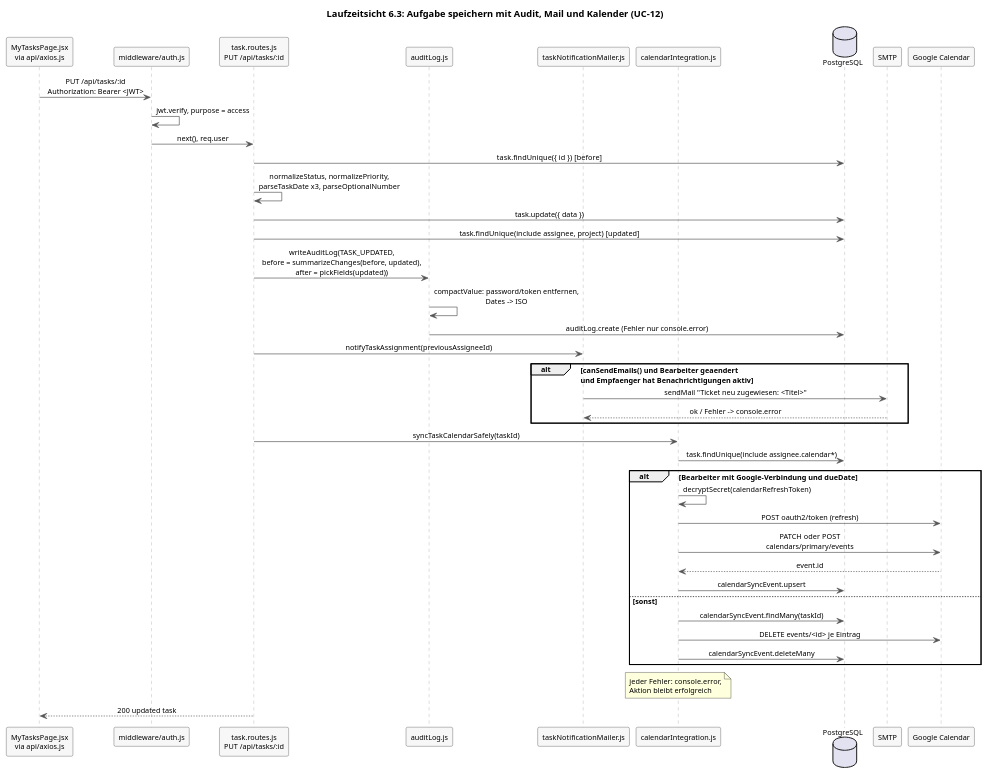
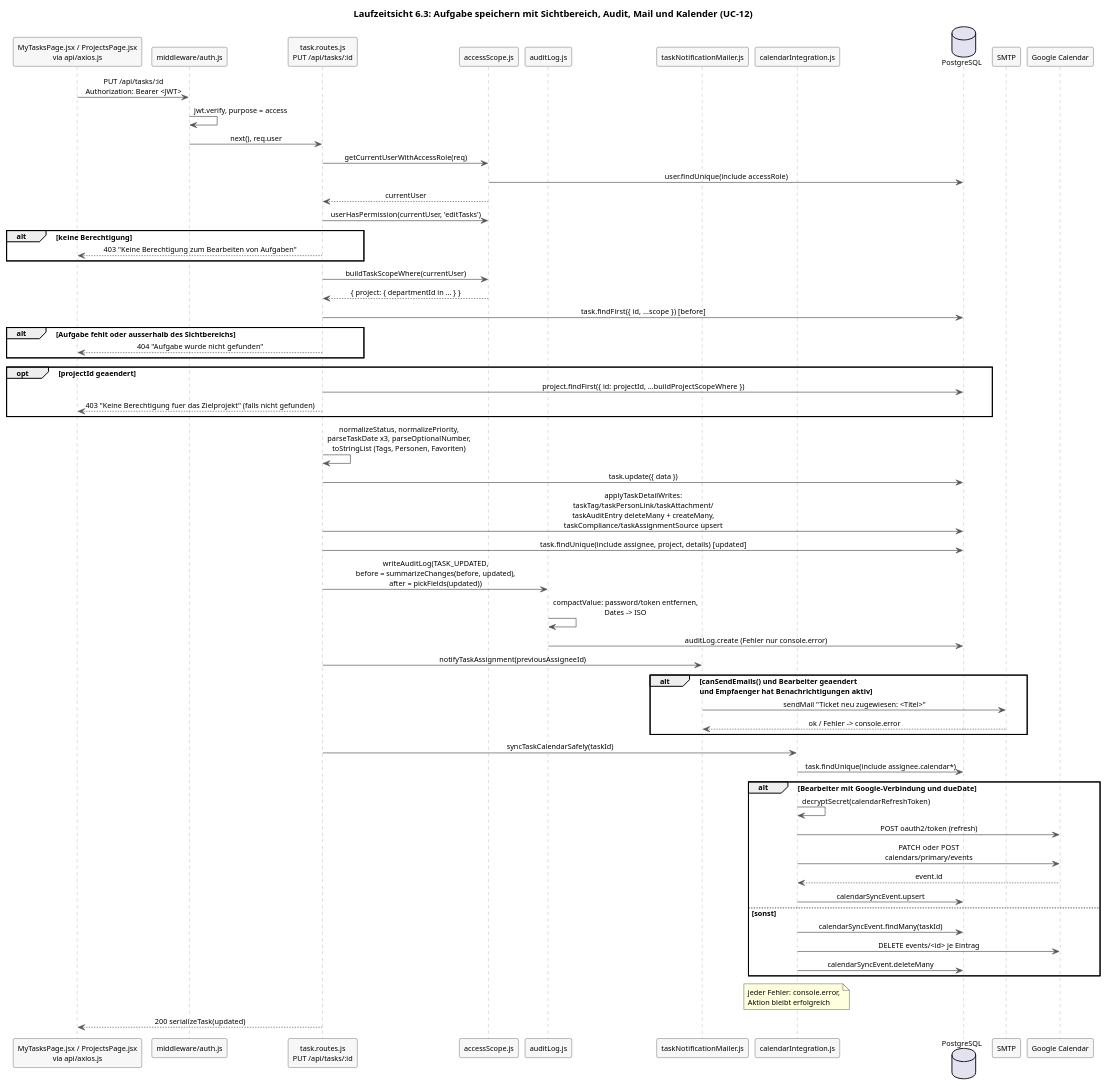
Before and after one commit to Jonas-Aaron-Raab/NextTask: the diagram in docs/arch/diagrams/a06-aufgabe-speichern.plantuml, drawn with PlantUML. The commit also changed 15 other files, not shown here.

First line of the commit message:
docs(arch): align architecture documentation with code state of 24 September

```diff
--- a/docs/arch/diagrams/a06-aufgabe-speichern.plantuml
+++ b/docs/arch/diagrams/a06-aufgabe-speichern.plantuml
@@ -1,56 +1,74 @@
 @startuml a06-aufgabe-speichern
 skinparam shadowing false
 skinparam defaultFontName Helvetica
 skinparam defaultFontSize 11
 skinparam sequenceMessageAlign center
 skinparam sequence {
   ArrowColor #555555
   LifeLineBorderColor #999999
   ParticipantBackgroundColor #F7F7F7
   ParticipantBorderColor #333333
   ActorBorderColor #333333
 }
 
-title Laufzeitsicht 6.3: Aufgabe speichern mit Audit, Mail und Kalender (UC-12)
+title Laufzeitsicht 6.3: Aufgabe speichern mit Sichtbereich, Audit, Mail und Kalender (UC-12)
 
-participant "MyTasksPage.jsx\nvia api/axios.js" as UI
+participant "MyTasksPage.jsx / ProjectsPage.jsx\nvia api/axios.js" as UI
 participant "middleware/auth.js" as MW
 participant "task.routes.js\nPUT /api/tasks/:id" as R
+participant "accessScope.js" as AS
 participant "auditLog.js" as AL
 participant "taskNotificationMailer.js" as M
 participant "calendarIntegration.js" as C
 database "PostgreSQL" as DB
 participant "SMTP" as SMTP
 participant "Google Calendar" as G
 
 UI -> MW : PUT /api/tasks/:id\nAuthorization: Bearer <JWT>
 MW -> MW : jwt.verify, purpose = access
 MW -> R : next(), req.user
-R -> DB : task.findUnique({ id })  [before]
-R -> R : normalizeStatus, normalizePriority,\nparseTaskDate x3, parseOptionalNumber
+R -> AS : getCurrentUserWithAccessRole(req)
+AS -> DB : user.findUnique(include accessRole)
+AS --> R : currentUser
+R -> AS : userHasPermission(currentUser, 'editTasks')
+alt keine Berechtigung
+  R --> UI : 403 "Keine Berechtigung zum Bearbeiten von Aufgaben"
+end
+R -> AS : buildTaskScopeWhere(currentUser)
+AS --> R : { project: { departmentId in ... } }
+R -> DB : task.findFirst({ id, ...scope })  [before]
+alt Aufgabe fehlt oder ausserhalb des Sichtbereichs
+  R --> UI : 404 "Aufgabe wurde nicht gefunden"
+end
+opt projectId geaendert
+  R -> DB : project.findFirst({ id: projectId, ...buildProjectScopeWhere })
+  R --> UI : 403 "Keine Berechtigung fuer das Zielprojekt" (falls nicht gefunden)
+end
+R -> R : normalizeStatus, normalizePriority,\nparseTaskDate x3, parseOptionalNumber,\ntoStringList (Tags, Personen, Favoriten)
 R -> DB : task.update({ data })
-R -> DB : task.findUnique(include assignee, project)  [updated]
+R -> DB : applyTaskDetailWrites:\ntaskTag/taskPersonLink/taskAttachment/\ntaskAuditEntry deleteMany + createMany,\ntaskCompliance/taskAssignmentSource upsert
+R -> DB : task.findUnique(include assignee, project, details)  [updated]
 R -> AL : writeAuditLog(TASK_UPDATED,\nbefore = summarizeChanges(before, updated),\nafter = pickFields(updated))
 AL -> AL : compactValue: password/token entfernen,\nDates -> ISO
 AL -> DB : auditLog.create (Fehler nur console.error)
 R -> M : notifyTaskAssignment(previousAssigneeId)
 alt canSendEmails() und Bearbeiter geaendert\nund Empfaenger hat Benachrichtigungen aktiv
   M -> SMTP : sendMail "Ticket neu zugewiesen: <Titel>"
   SMTP --> M : ok / Fehler -> console.error
 end
 R -> C : syncTaskCalendarSafely(taskId)
 C -> DB : task.findUnique(include assignee.calendar*)
 alt Bearbeiter mit Google-Verbindung und dueDate
   C -> C : decryptSecret(calendarRefreshToken)
   C -> G : POST oauth2/token (refresh)
   C -> G : PATCH oder POST\ncalendars/primary/events
   G --> C : event.id
   C -> DB : calendarSyncEvent.upsert
 else sonst
   C -> DB : calendarSyncEvent.findMany(taskId)
   C -> G : DELETE events/<id> je Eintrag
   C -> DB : calendarSyncEvent.deleteMany
 end
 note over C : jeder Fehler: console.error,\nAktion bleibt erfolgreich
-R --> UI : 200 updated task
+R --> UI : 200 serializeTask(updated)
 @enduml
```
